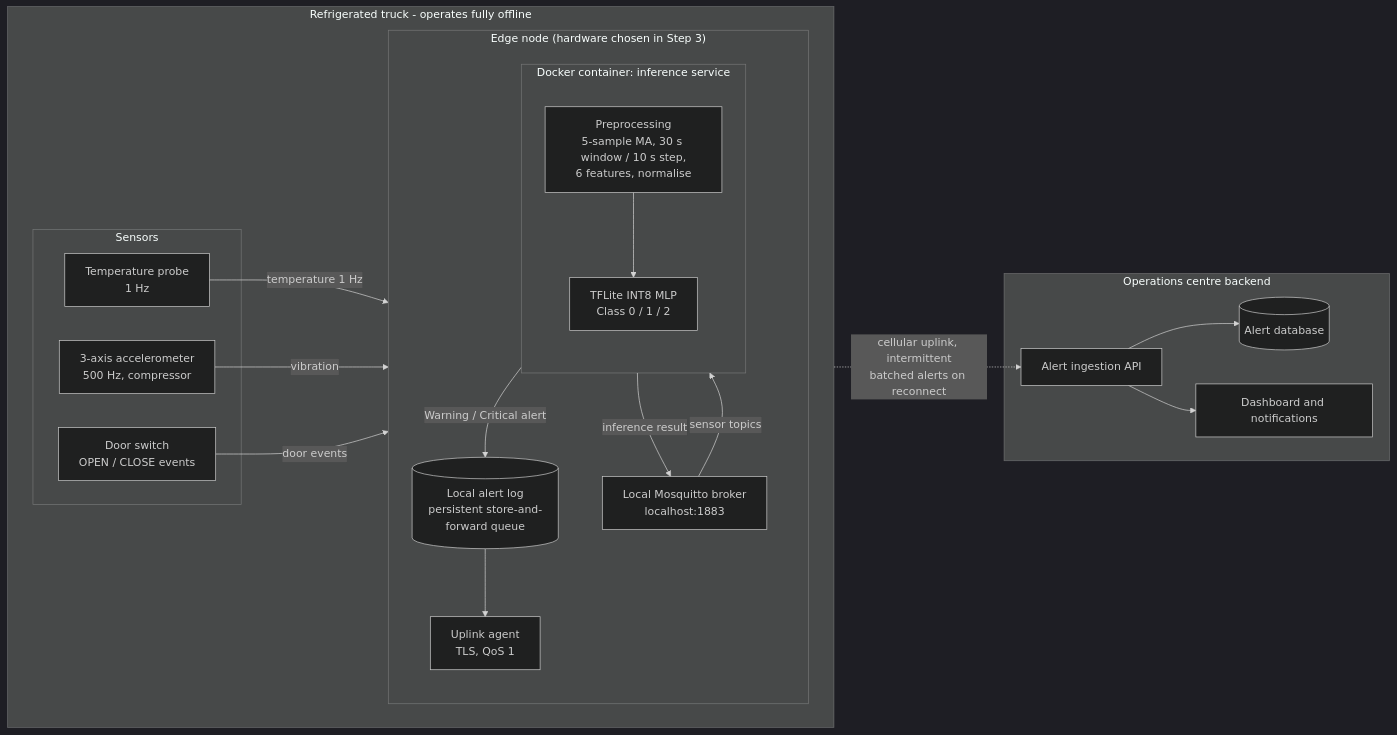
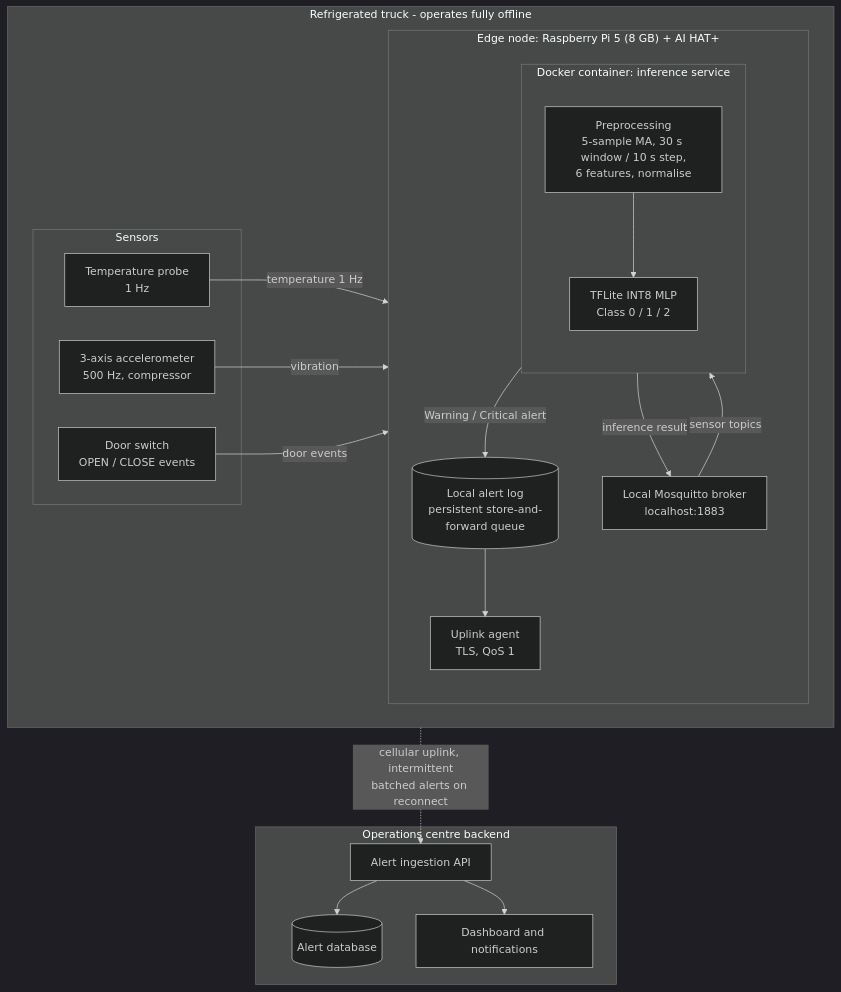
The diagram in scenario_architecture/system_architecture.mmd (santosh-2025ae05680/logibridge), drawn with Mermaid (dark theme) before and after one commit. The commit also changed 8 other files, not shown here.

Commit message:
Step 3: hardware selection and roofline analysis

```diff
--- a/scenario_architecture/system_architecture.mmd
+++ b/scenario_architecture/system_architecture.mmd
@@ -1,36 +1,36 @@
-flowchart LR
+flowchart TB
   subgraph TRUCK["Refrigerated truck - operates fully offline"]
     direction LR
     subgraph SENS["Sensors"]
       T["Temperature probe<br/>1 Hz"]
       V["3-axis accelerometer<br/>500 Hz, compressor"]
       D["Door switch<br/>OPEN / CLOSE events"]
     end
-    subgraph EDGE["Edge node (hardware chosen in Step 3)"]
+    subgraph EDGE["Edge node: Raspberry Pi 5 (8 GB) + AI HAT+"]
       direction TB
       B["Local Mosquitto broker<br/>localhost:1883"]
       subgraph C["Docker container: inference service"]
         direction TB
         P["Preprocessing<br/>5-sample MA, 30 s window / 10 s step,<br/>6 features, normalise"]
         M["TFLite INT8 MLP<br/>Class 0 / 1 / 2"]
         P --> M
       end
       L[("Local alert log<br/>persistent store-and-forward queue")]
       U["Uplink agent<br/>TLS, QoS 1"]
       B -->|"sensor topics"| P
       M -->|"inference result"| B
       M -->|"Warning / Critical alert"| L
       L --> U
     end
     T -->|"temperature 1 Hz"| B
     V -->|"vibration"| B
     D -->|"door events"| B
   end
   U -.->|"cellular uplink, intermittent<br/>batched alerts on reconnect"| API
   subgraph OPS["Operations centre backend"]
     API["Alert ingestion API"]
     DB[("Alert database")]
     DASH["Dashboard and notifications"]
     API --> DB
     API --> DASH
   end
```
